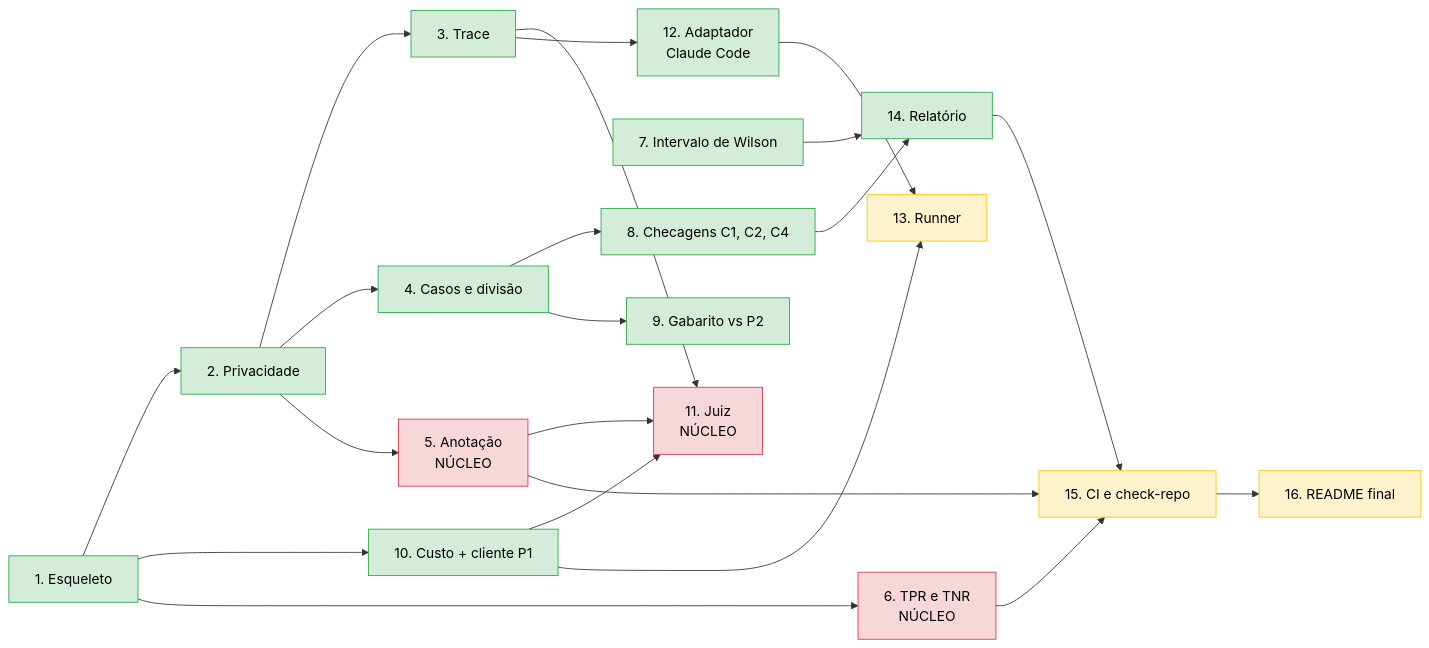
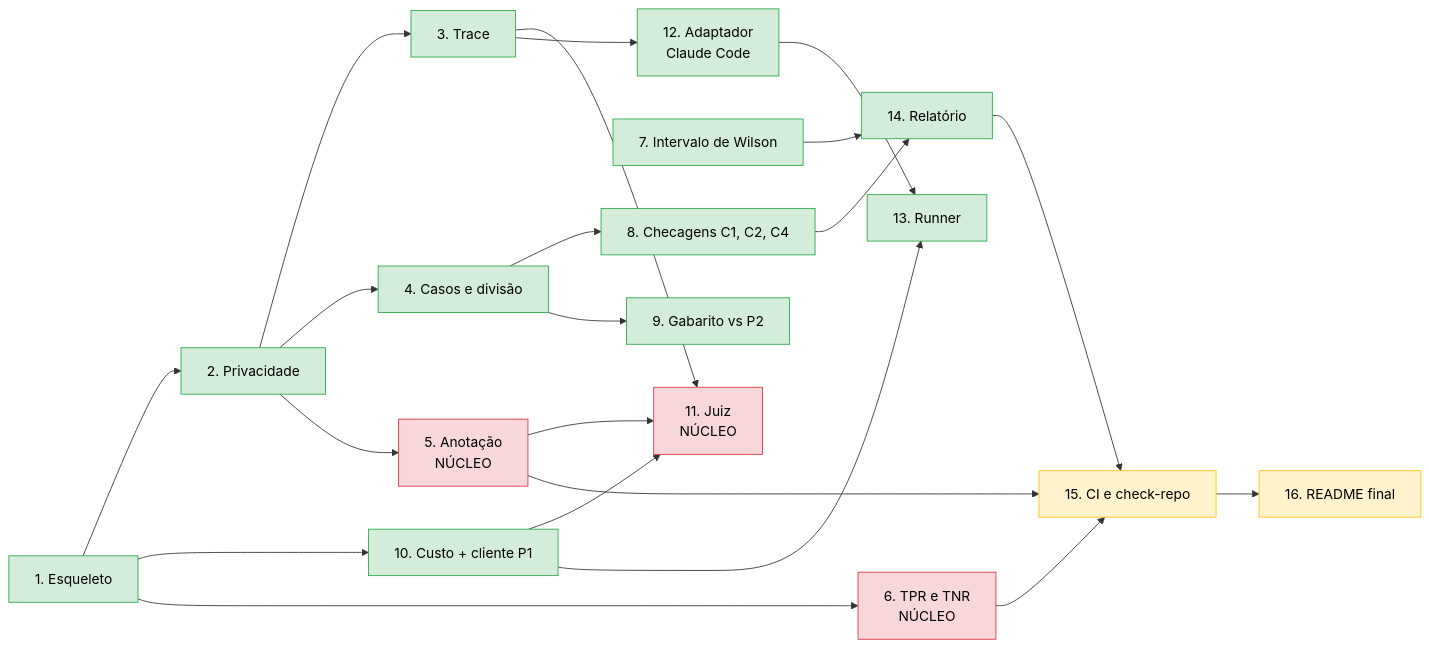
The diagram in docs/diagramas/09-ordem-das-tarefas.md (CristianonCarvalho/harness-p3-evals), drawn with Mermaid before and after one commit. The commit also changed other lines of this file and 2 other files, not shown here.

Commit message:
Docs: Tarefa 13 marcada como feita no README e nos diagramas 08 e 09

````diff
--- a/docs/diagramas/09-ordem-das-tarefas.md
+++ b/docs/diagramas/09-ordem-das-tarefas.md
@@ -5,34 +5,34 @@
 ```mermaid
 flowchart LR
     t1["1. Esqueleto"] --> t2["2. Privacidade"]
     t2 --> t3["3. Trace"]
     t2 --> t4["4. Casos e divisão"]
     t4 --> t8["8. Checagens C1, C2, C4"]
     t7["7. Intervalo de Wilson"] --> t14["14. Relatório"]
     t8 --> t14
     t4 --> t9["9. Gabarito vs P2"]
     t1 --> t10["10. Custo + cliente P1"]
 
     t2 --> t5["5. Anotação<br/>NÚCLEO"]
     t1 --> t6["6. TPR e TNR<br/>NÚCLEO"]
     t3 --> t11["11. Juiz<br/>NÚCLEO"]
     t10 --> t11
     t5 --> t11
 
     t3 --> t12["12. Adaptador<br/>Claude Code"]
     t12 --> t13["13. Runner"]
     t10 --> t13
 
     t5 --> t15["15. CI e check-repo"]
     t6 --> t15
     t14 --> t15
     t15 --> t16["16. README final"]
 
     classDef feito fill:#d4edda,stroke:#28a745,color:#000
     classDef falta fill:#fff3cd,stroke:#ffc107,color:#000
     classDef seu fill:#f8d7da,stroke:#dc3545,color:#000
 
-    class t1,t2,t3,t4,t7,t8,t9,t10,t12,t14 feito
-    class t13,t15,t16 falta
+    class t1,t2,t3,t4,t7,t8,t9,t10,t12,t13,t14 feito
+    class t15,t16 falta
     class t5,t6,t11 seu
 ```
````
